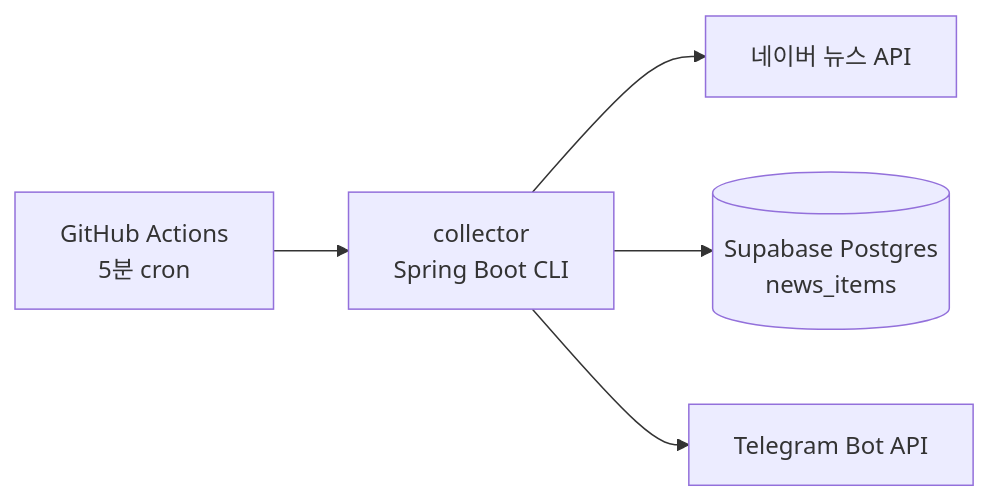
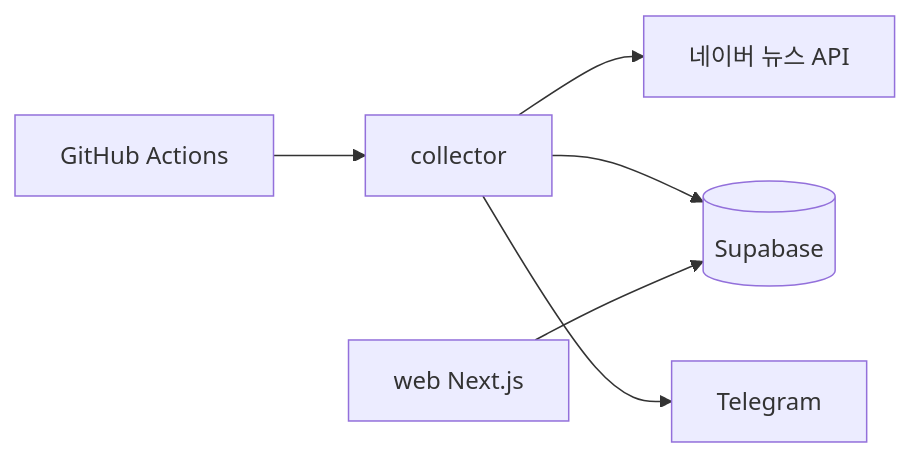
Before and after one commit to JunFe23/byun-news-alert: the diagram in README.md, drawn with Mermaid. The commit also changed other lines of this file and 20 other files, not shown here.

Commit message:
Expand KBL FA collector and web dashboard

````diff
--- a/README.md
+++ b/README.md
@@ -19,7 +21,8 @@
 ```mermaid
 flowchart LR
-  GHA[GitHub Actions<br/>5분 cron] --> COL[collector<br/>Spring Boot CLI]
+  GHA[GitHub Actions] --> COL[collector]
   COL --> NAVER[네이버 뉴스 API]
-  COL --> DB[(Supabase Postgres<br/>news_items)]
-  COL --> TG[Telegram Bot API]
+  COL --> DB[(Supabase)]
+  COL --> TG[Telegram]
+  WEB[web Next.js] --> DB
 ```
````
